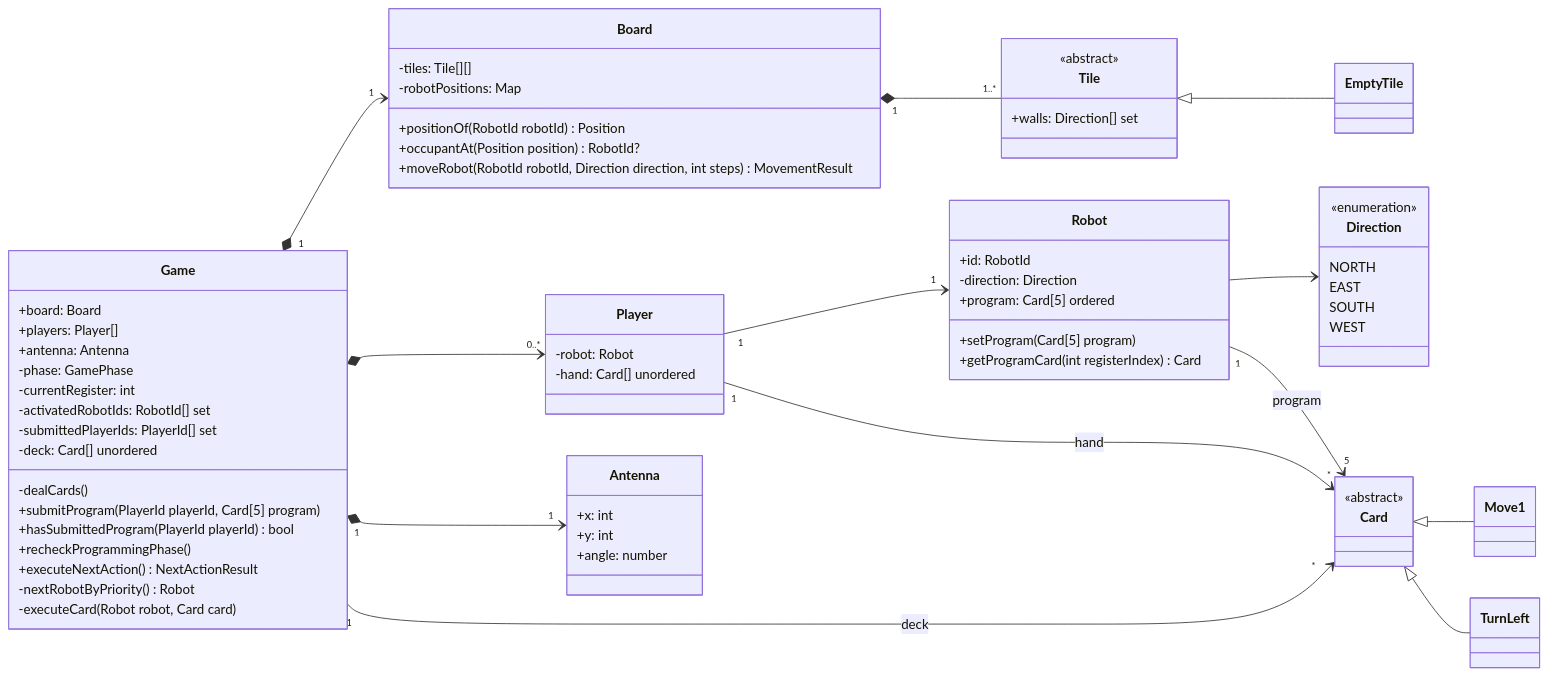
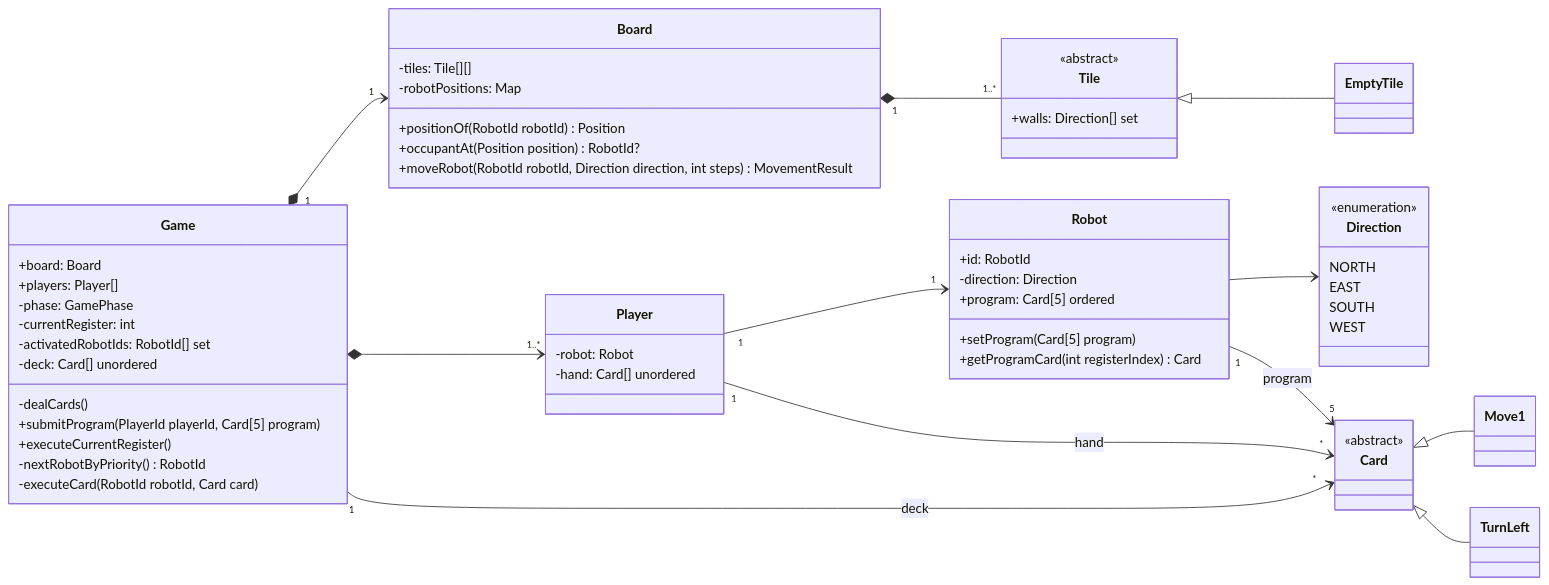
The diagram in docs/game_model_UML.md (hananinas/RoboRally), drawn with Mermaid before and after one commit. The commit also changed other lines of this file and 32 other files, not shown here.

```diff
--- a/docs/game_model_UML.md
+++ b/docs/game_model_UML.md
@@ -8,25 +8,15 @@
         class Game {
         +board: Board
         +players: Player[]
-        +antenna: Antenna
         -phase: GamePhase
         -currentRegister: int
         -activatedRobotIds: RobotId[] set
-        -submittedPlayerIds: PlayerId[] set
         -deck: Card[] unordered
         -dealCards()
         +submitProgram(PlayerId playerId, Card[5] program)
-        +hasSubmittedProgram(PlayerId playerId) bool
-        +recheckProgrammingPhase()
-        +executeNextAction() NextActionResult
-        -nextRobotByPriority() Robot
-        -executeCard(Robot robot, Card card)
-        }
-
-        class Antenna {
-        +x: int
-        +y: int
-        +angle: number
+        +executeCurrentRegister()
+        -nextRobotByPriority() RobotId
+        -executeCard(RobotId robotId, Card card)
         }
 
         class Board {
@@ -73,8 +63,7 @@
         class TurnLeft
 
         Game "1" *--> "1" Board
-        Game *--> "0..*" Player
-        Game "1" *--> "1" Antenna
+        Game *--> "1..*" Player
         Board "1" *-- "1..*" Tile
 
         Robot --> Direction
```
